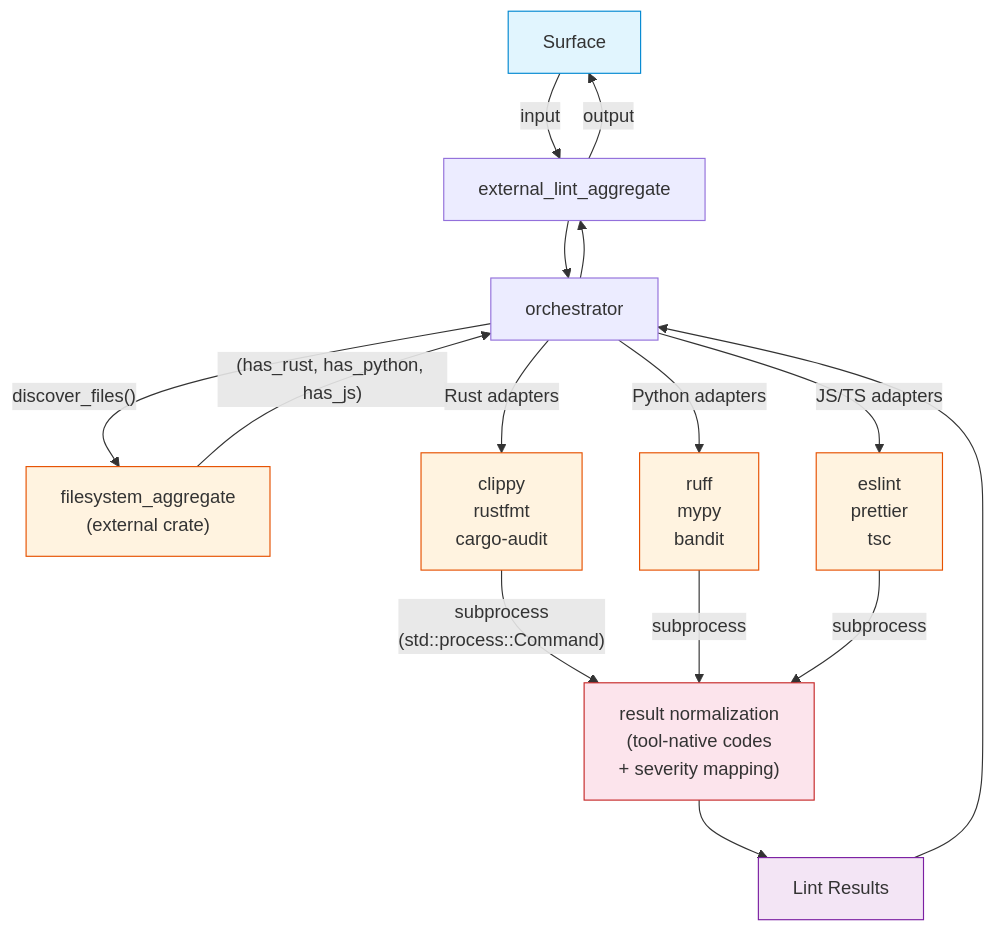
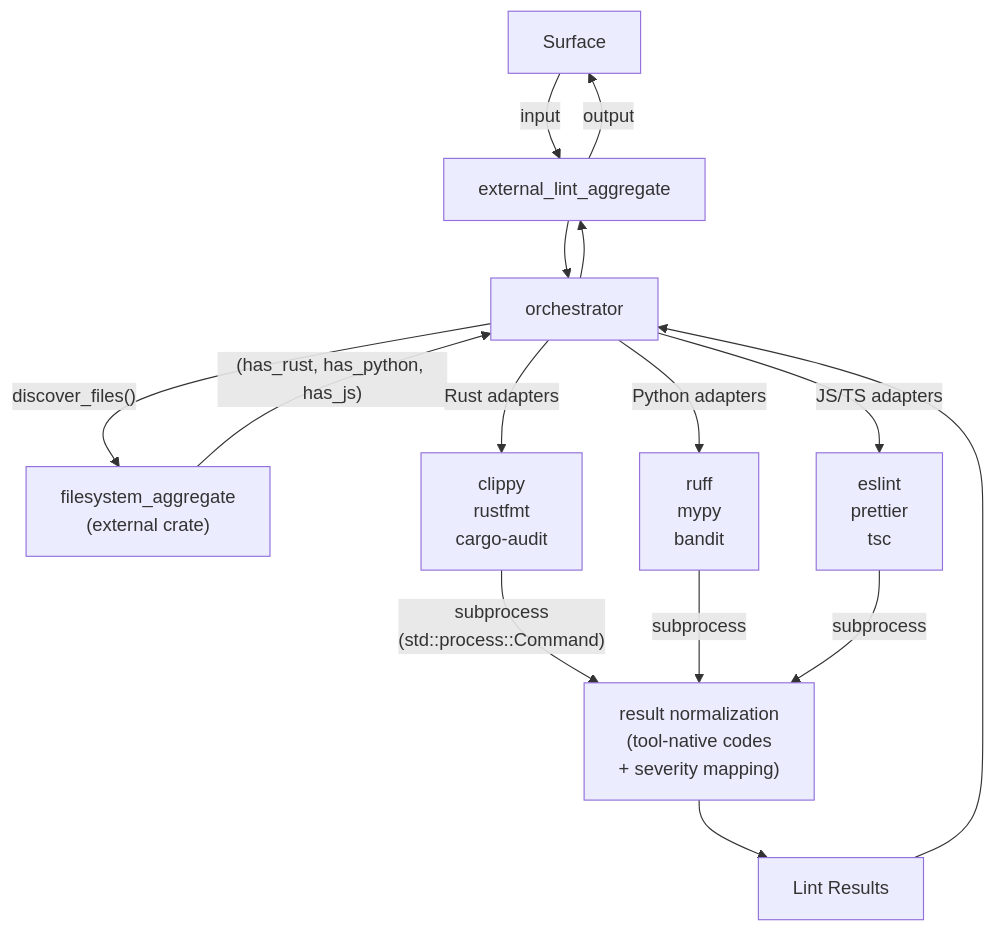
The diagram in crates/external-lint/FRD.md (rakaarwaky/lint-arwaky), drawn with Mermaid before and after one commit. The commit also changed 19 other files, not shown here.

````diff
--- a/crates/external-lint/FRD.md
+++ b/crates/external-lint/FRD.md
@@ -13,29 +13,22 @@
 ```mermaid
 flowchart TD
     A["Surface"] -->|input| B["external_lint_aggregate"]
     B --> C["orchestrator"]
 
     C -->|"discover_files()"| D["filesystem_aggregate\n(external crate)"]
     D -->|"(has_rust, has_python, has_js)"| C
 
     C -->|"Rust adapters"| R["clippy\nrustfmt\ncargo-audit"]
     C -->|"Python adapters"| P["ruff\nmypy\nbandit"]
     C -->|"JS/TS adapters"| J["eslint\nprettier\ntsc"]
 
     R -->|"subprocess\n(std::process::Command)"| H["result normalization\n(tool-native codes\n+ severity mapping)"]
     P -->|"subprocess"| H
     J -->|"subprocess"| H
 
     H --> L["Lint Results"]
     L --> C
     C --> B
     B -->|output| A
 
-    style A fill:#e1f5fe,stroke:#0288d1
-    style D fill:#fff3e0,stroke:#e65100
-    style R fill:#fff3e0,stroke:#e65100
-    style P fill:#fff3e0,stroke:#e65100
-    style J fill:#fff3e0,stroke:#e65100
-    style H fill:#fce4ec,stroke:#c62828
-    style L fill:#f3e5f5,stroke:#7b1fa2
 ```
````
